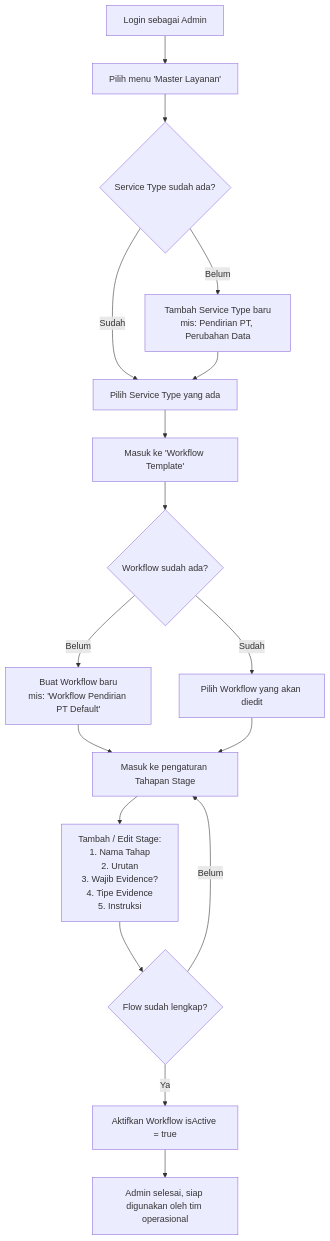
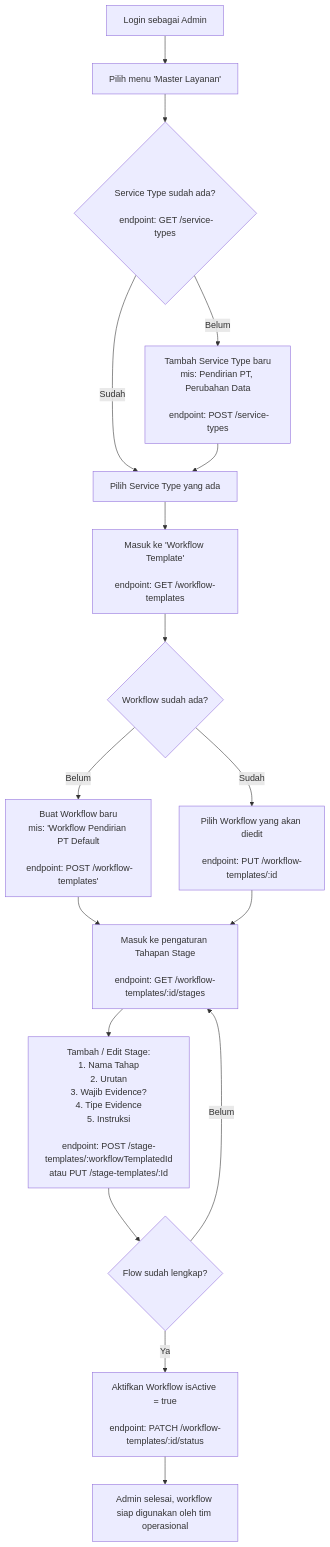
One commit to jalilnawawi/workflow-monitoring-app changed the diagram in flowchart/flow_operasional_workflow.mmd. Above: the diagram before and after it, drawn with Mermaid. The commit also changed 14 other files, not shown here.

```diff
--- a/flowchart/flow_operasional_workflow.mmd
+++ b/flowchart/flow_operasional_workflow.mmd
@@ -1,21 +1,21 @@
 flowchart TD
     A[Login sebagai Admin] --> B[Pilih menu 'Master Layanan']
-    B --> C{Service Type sudah ada?}
-    C -- Belum --> D[Tambah Service Type baru<br/>mis: Pendirian PT, Perubahan Data]
+    B --> C{Service Type sudah ada?<br/><br/> endpoint: GET /service-types}
+    C -- Belum --> D[Tambah Service Type baru<br/>mis: Pendirian PT, Perubahan Data<br/><br/> endpoint: POST /service-types]
     C -- Sudah --> E[Pilih Service Type yang ada]
     D --> E
 
-    E --> F[Masuk ke 'Workflow Template']
+    E --> F[Masuk ke 'Workflow Template'<br/><br/>endpoint: GET /workflow-templates]
     F --> G{Workflow sudah ada?}
-    G -- Belum --> H[Buat Workflow baru<br/>mis: 'Workflow Pendirian PT Default']
-    G -- Sudah --> I[Pilih Workflow yang akan diedit]
+    G -- Belum --> H[Buat Workflow baru<br/>mis: 'Workflow Pendirian PT Default<br/><br/> endpoint: POST /workflow-templates']
+    G -- Sudah --> I[Pilih Workflow yang akan diedit<br/><br/>endpoint: PUT /workflow-templates/:id]
 
-    H --> J[Masuk ke pengaturan Tahapan Stage]
+    H --> J[Masuk ke pengaturan Tahapan Stage<br/><br/>endpoint: GET /workflow-templates/:id/stages]
 I --> J
 
-J --> K[Tambah / Edit Stage:<br/>1. Nama Tahap<br/>2. Urutan<br/>3. Wajib Evidence?<br/>4. Tipe Evidence<br/>5. Instruksi]
+J --> K[Tambah / Edit Stage:<br/>1. Nama Tahap<br/>2. Urutan<br/>3. Wajib Evidence?<br/>4. Tipe Evidence<br/>5. Instruksi<br/><br/>endpoint: POST /stage-templates/:workflowTemplatedId<br/>atau PUT /stage-templates/:Id]
 K --> L{Flow sudah lengkap?}
 L -- Belum --> J
-L -- Ya --> M[Aktifkan Workflow isActive = true]
+L -- Ya --> M[Aktifkan Workflow isActive = true<br/><br/>endpoint: PATCH /workflow-templates/:id/status]
 
-M --> N[Admin selesai, siap digunakan oleh tim operasional]
+M --> N[Admin selesai, workflow siap digunakan oleh tim operasional]
```
